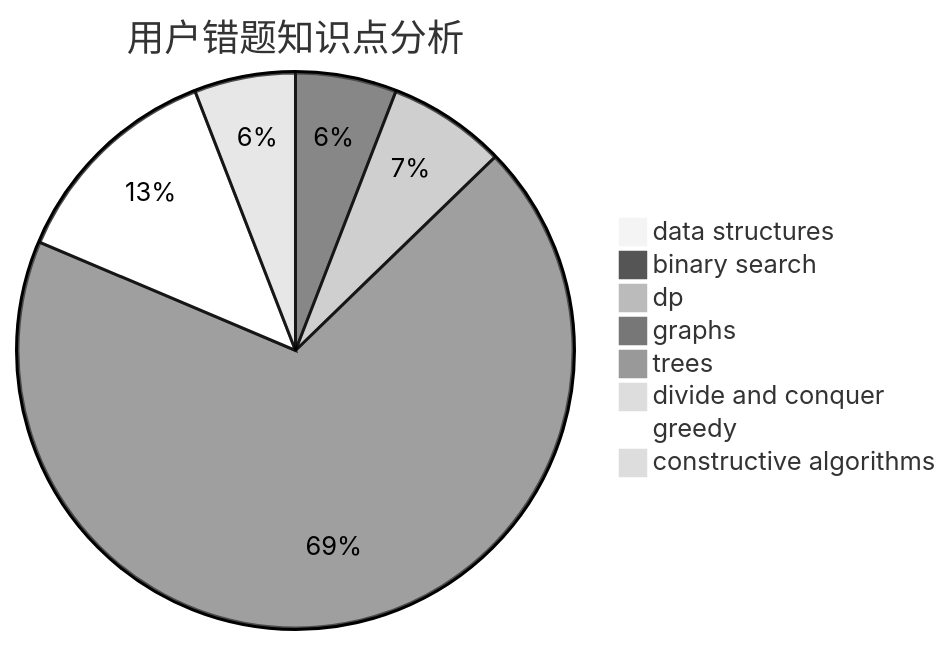
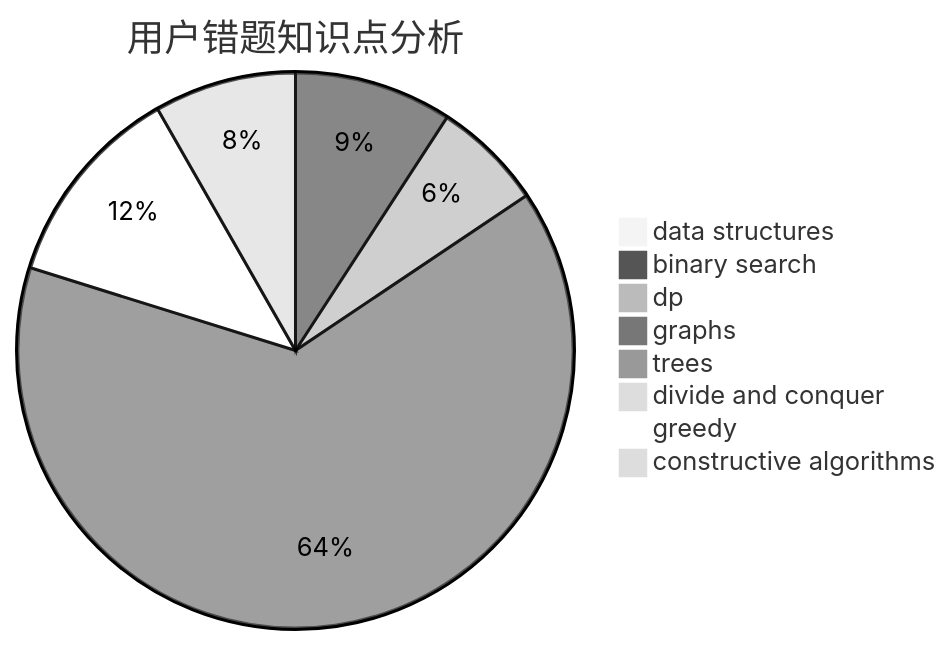
Before and after one commit to sherpahu/cfrs.github.io: the third of 3 diagrams in docs/user/u965.md, drawn with Mermaid (neutral theme). The commit also changed other lines of this file and 2770 other files, not shown here.

````diff
--- a/docs/user/u965.md
+++ b/docs/user/u965.md
@@ -36,11 +36,11 @@
 ```mermaid
 pie title 用户错题知识点分析
     "data structures" :  0
-    "binary search" :  6
+    "binary search" :  10
     "dp" :  7
     "graphs" :  70
     "trees" :  0
     "divide and conquer" :  0
     "greedy" :  13
-    "constructive algorithms" :  6
+    "constructive algorithms" :  9
 ```
````
